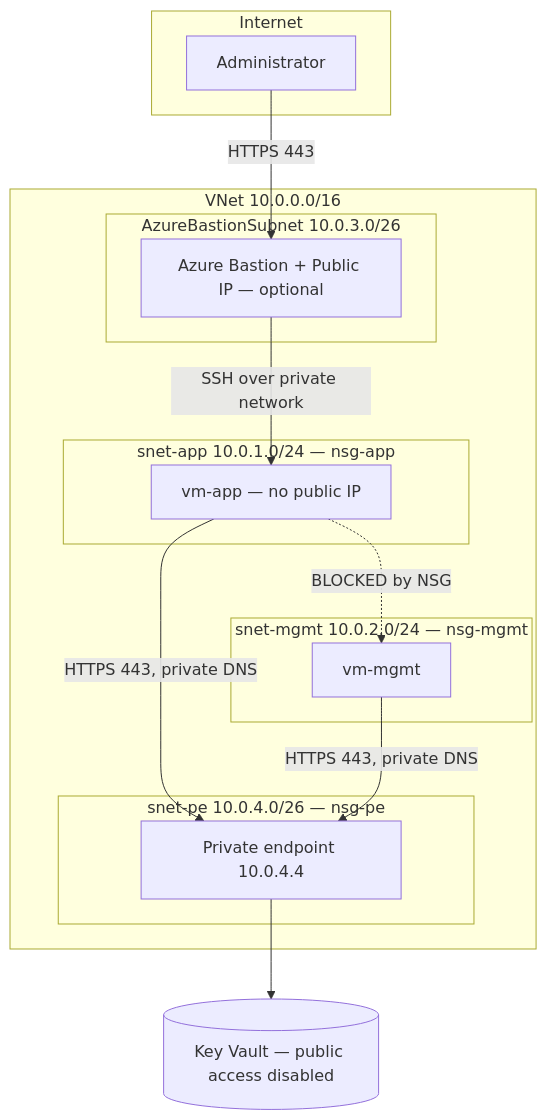
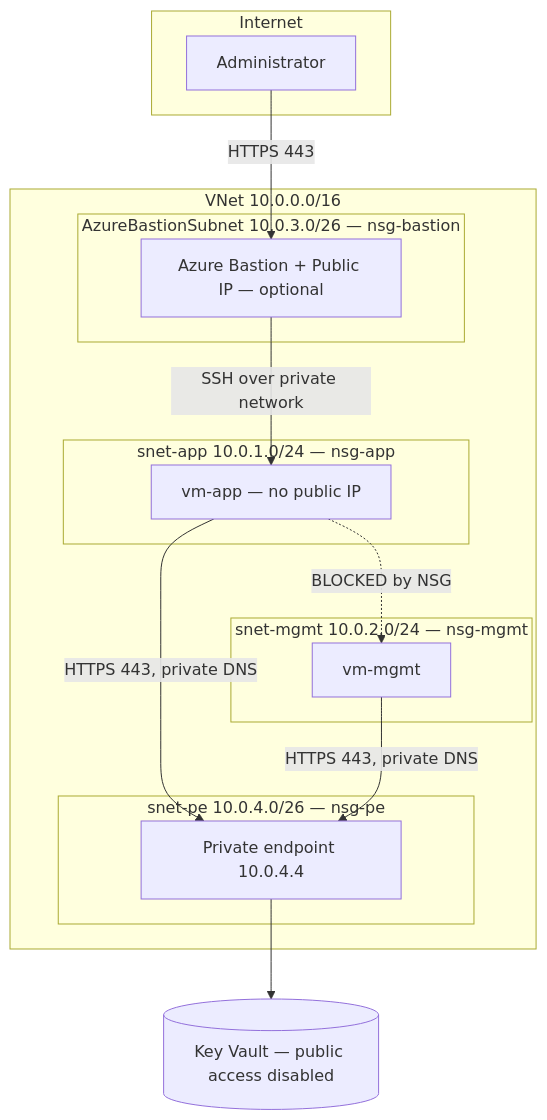
One commit to jeromendezb/azure-securenet-foundation changed the diagram in README.md. Above: the diagram before and after it, drawn with Mermaid. The commit also changed other lines of this file and 2 other files, not shown here.

Commit message:
fix: add required NSG to AzureBastionSubnet (#18)

````diff
--- a/README.md
+++ b/README.md
@@ -23,27 +23,27 @@
 ```mermaid
 graph TB
     subgraph Internet
         ADM[Administrator]
     end
     subgraph VNet["VNet 10.0.0.0/16"]
-        subgraph BAS["AzureBastionSubnet 10.0.3.0/26"]
+        subgraph BAS["AzureBastionSubnet 10.0.3.0/26 — nsg-bastion"]
             B[Azure Bastion + Public IP — optional]
         end
         subgraph APP["snet-app 10.0.1.0/24 — nsg-app"]
             VM[vm-app — no public IP]
         end
         subgraph MGMT["snet-mgmt 10.0.2.0/24 — nsg-mgmt"]
             M[vm-mgmt]
         end
         subgraph PE["snet-pe 10.0.4.0/26 — nsg-pe"]
             P[Private endpoint 10.0.4.4]
         end
     end
     KV[(Key Vault — public access disabled)]
     ADM -->|HTTPS 443| B
     B -->|SSH over private network| VM
     VM -.->|BLOCKED by NSG| M
     VM -->|HTTPS 443, private DNS| P
     M -->|HTTPS 443, private DNS| P
     P --> KV
 ```
````
